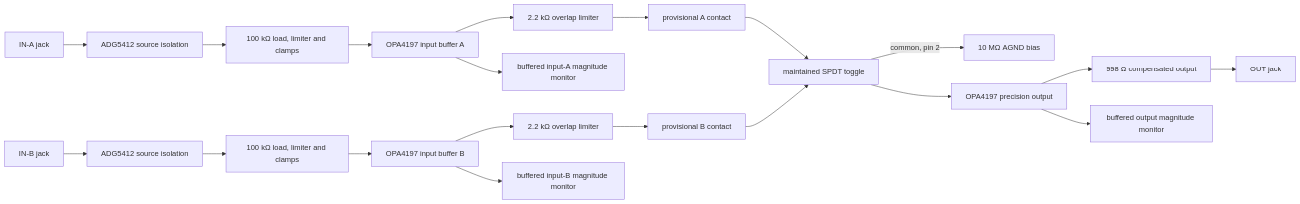
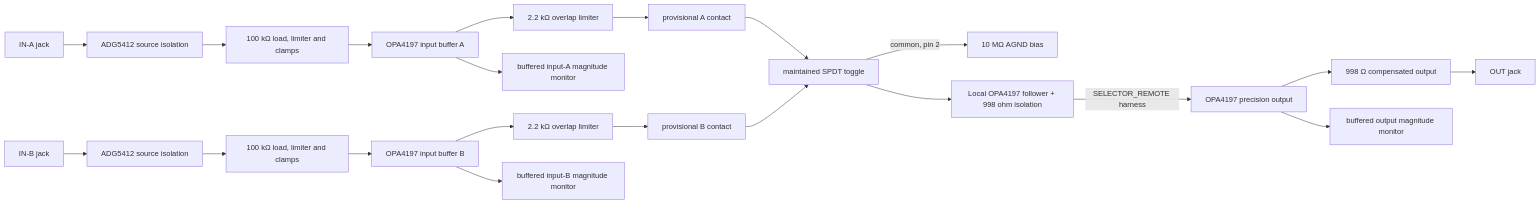
The diagram in doc/src/content/docs/architecture/osc-block-switch.mdx (Takazudo/zudo-osc-hole-field), drawn with Mermaid before and after one commit. The commit also changed other lines of this file and 82 other files, not shown here.

````diff
--- a/doc/src/content/docs/architecture/osc-block-switch.mdx
+++ b/doc/src/content/docs/architecture/osc-block-switch.mdx
@@ -13,22 +13,23 @@
 ```mermaid
 flowchart LR
   JA[IN-A jack] --> FA[ADG5412 source isolation]
   FA --> PA[100 kΩ load, limiter and clamps]
   PA --> BA[OPA4197 input buffer A]
   JB[IN-B jack] --> FB[ADG5412 source isolation]
   FB --> PB[100 kΩ load, limiter and clamps]
   PB --> BB[OPA4197 input buffer B]
   BA --> RA[2.2 kΩ overlap limiter]
   BB --> RB[2.2 kΩ overlap limiter]
   RA --> SA[provisional A contact]
   RB --> SB[provisional B contact]
   SA --> SW[maintained SPDT toggle]
   SB --> SW
   SW -->|common, pin 2| PULL[10 MΩ AGND bias]
-  SW --> OUT[OPA4197 precision output]
+  SW --> BUF[Local OPA4197 follower + 998 ohm isolation]
+  BUF -->|SELECTOR_REMOTE harness| OUT[OPA4197 precision output]
   OUT --> COMP[998 Ω compensated output]
   COMP --> JO[OUT jack]
   BA --> MA[buffered input-A magnitude monitor]
   BB --> MB[buffered input-B magnitude monitor]
   OUT --> MO[buffered output magnitude monitor]
 ```
````
